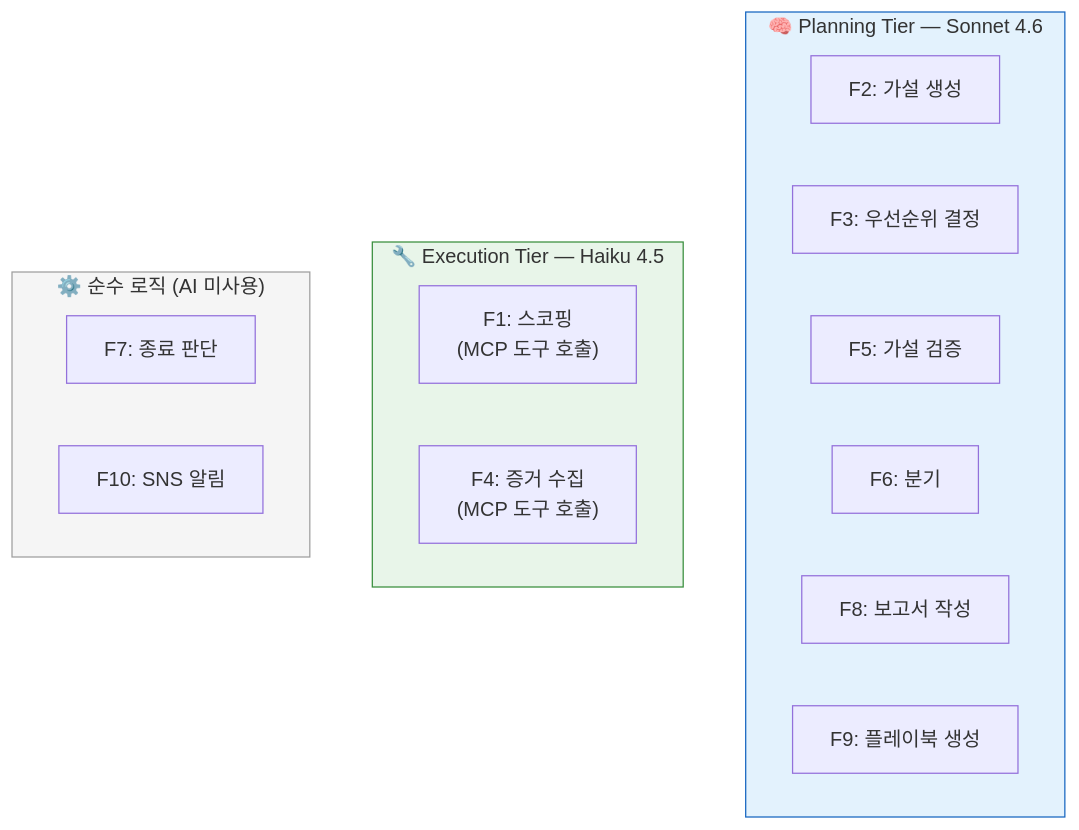
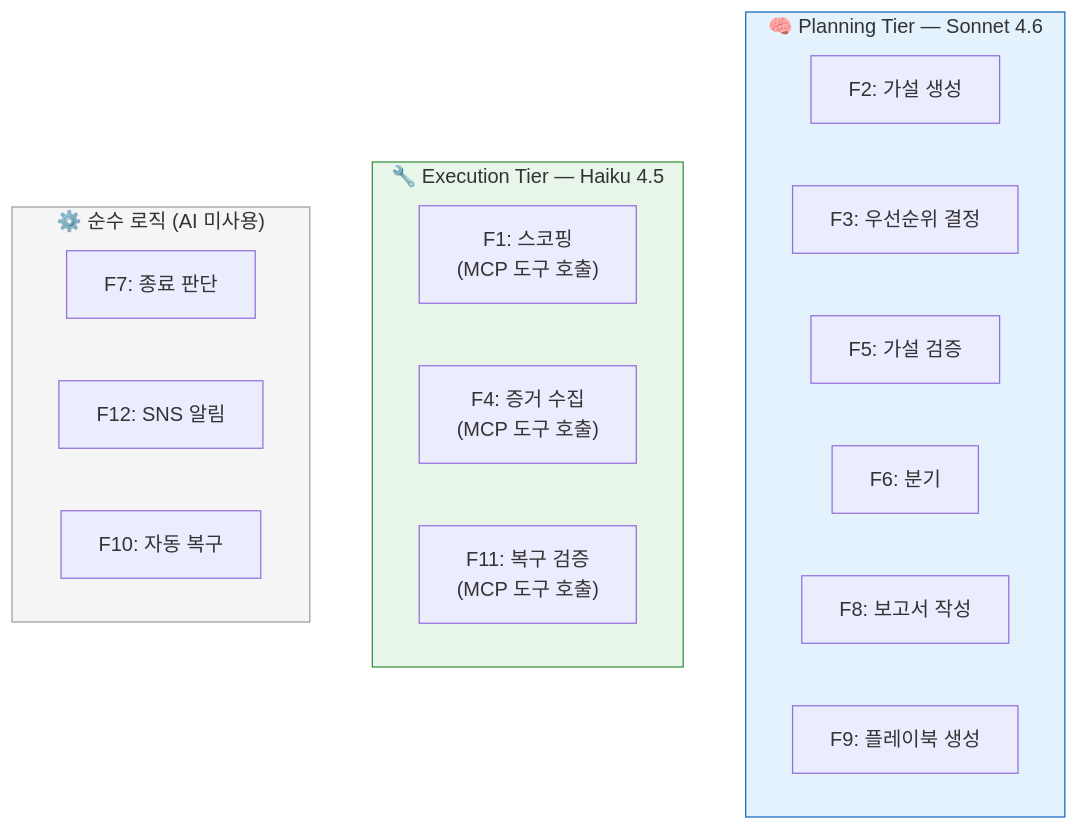
Before and after one commit to haandol/rca-agent: the eighth of 19 diagrams in docs/system-guide-for-ops.md, drawn with Mermaid. The commit also changed other lines of this file and 10 other files, not shown here.

````diff
--- a/docs/system-guide-for-ops.md
+++ b/docs/system-guide-for-ops.md
@@ -360,25 +362,27 @@
 ```mermaid
 graph TB
     subgraph Planning["🧠 Planning Tier — Sonnet 4.6"]
         P1["F2: 가설 생성"]
         P2["F3: 우선순위 결정"]
         P3["F5: 가설 검증"]
         P4["F6: 분기"]
         P5["F8: 보고서 작성"]
         P6["F9: 플레이북 생성"]
     end
 
     subgraph Execution["🔧 Execution Tier — Haiku 4.5"]
         E1["F1: 스코핑<br/>(MCP 도구 호출)"]
         E2["F4: 증거 수집<br/>(MCP 도구 호출)"]
+        E3["F11: 복구 검증<br/>(MCP 도구 호출)"]
     end
 
     subgraph NoLLM["⚙️ 순수 로직 (AI 미사용)"]
         N1["F7: 종료 판단"]
-        N2["F10: SNS 알림"]
+        N2["F12: SNS 알림"]
+        N3["F10: 자동 복구"]
     end
 
     style Planning fill:#e3f2fd,stroke:#1565c0
     style Execution fill:#e8f5e9,stroke:#388e3c
     style NoLLM fill:#f5f5f5,stroke:#9e9e9e
 ```
````
